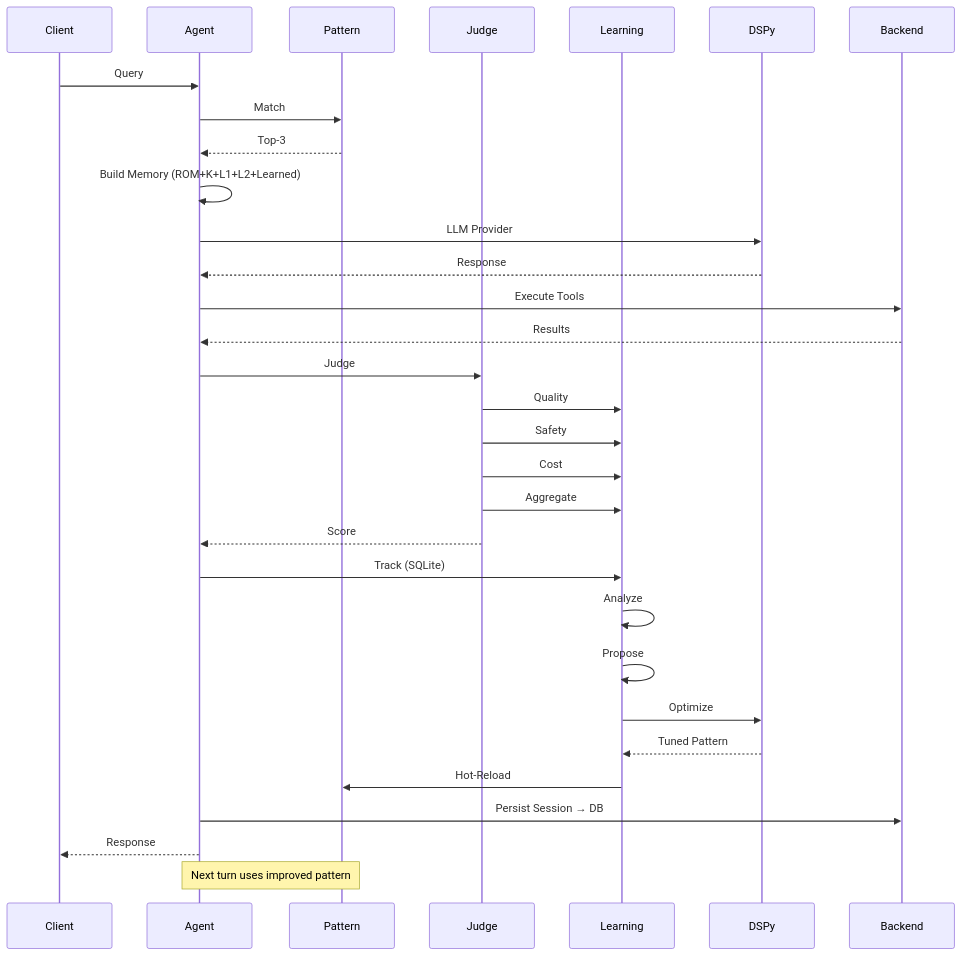
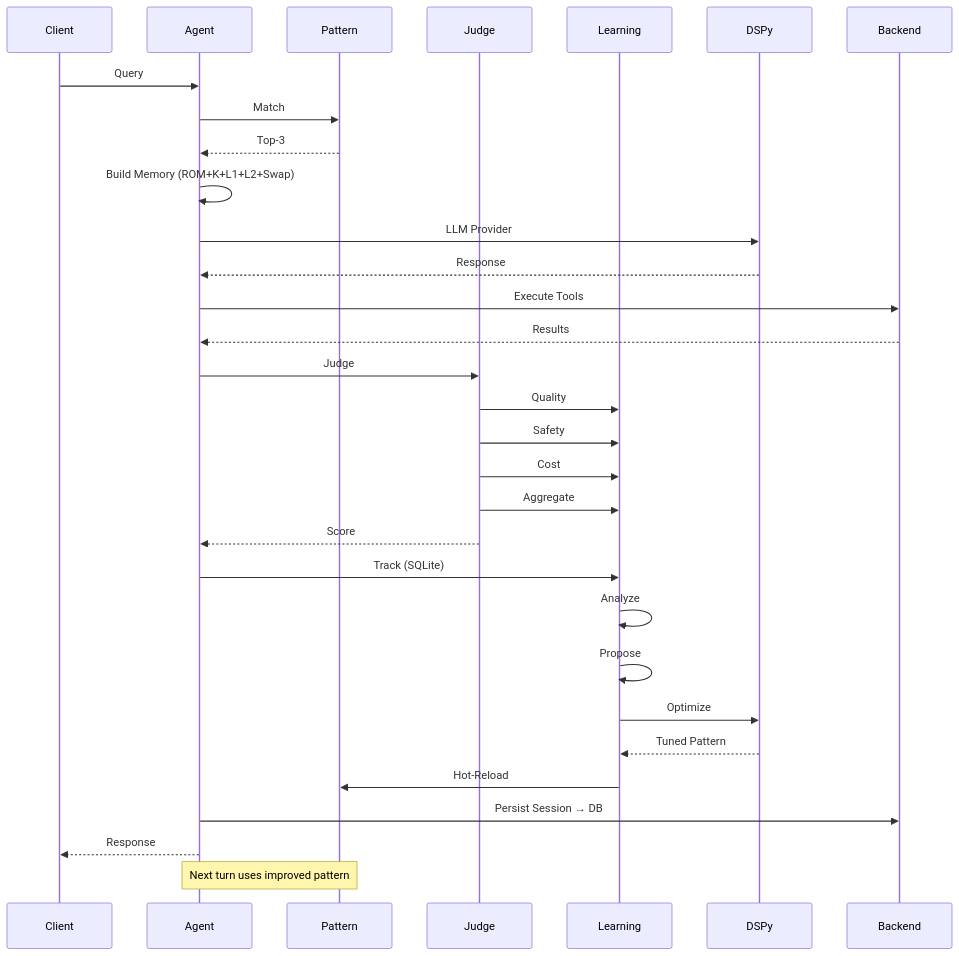
One commit to teradata-labs/loom changed the ninth of 9 diagrams in docs/architecture/loom-system-architecture.md. Above: the diagram before and after it, drawn with Mermaid. The commit also changed other lines of this file and 151 other files, not shown here.

First line of the commit message:
feat: salience-driven graph memory system (#133)

````diff
--- a/docs/architecture/loom-system-architecture.md
+++ b/docs/architecture/loom-system-architecture.md
@@ -925,34 +929,34 @@
 ```mermaid
 sequenceDiagram
     participant Client
     participant Agent
     participant Pattern
     participant Judge
     participant Learning
     participant DSPy
     participant Backend
 
     Client->>Agent: Query
     Agent->>Pattern: Match
     Pattern-->>Agent: Top-3
-    Agent->>Agent: Build Memory (ROM+K+L1+L2+Learned)
+    Agent->>Agent: Build Memory (ROM+K+L1+L2+Swap)
     Agent->>DSPy: LLM Provider
     DSPy-->>Agent: Response
     Agent->>Backend: Execute Tools
     Backend-->>Agent: Results
     Agent->>Judge: Judge
     Judge->>Learning: Quality
     Judge->>Learning: Safety
     Judge->>Learning: Cost
     Judge->>Learning: Aggregate
     Judge-->>Agent: Score
     Agent->>Learning: Track (SQLite)
     Learning->>Learning: Analyze
     Learning->>Learning: Propose
     Learning->>DSPy: Optimize
     DSPy-->>Learning: Tuned Pattern
     Learning->>Pattern: Hot-Reload
     Agent->>Backend: Persist Session → DB
     Agent-->>Client: Response
     Note over Agent,Pattern: Next turn uses improved pattern
 ```
````
